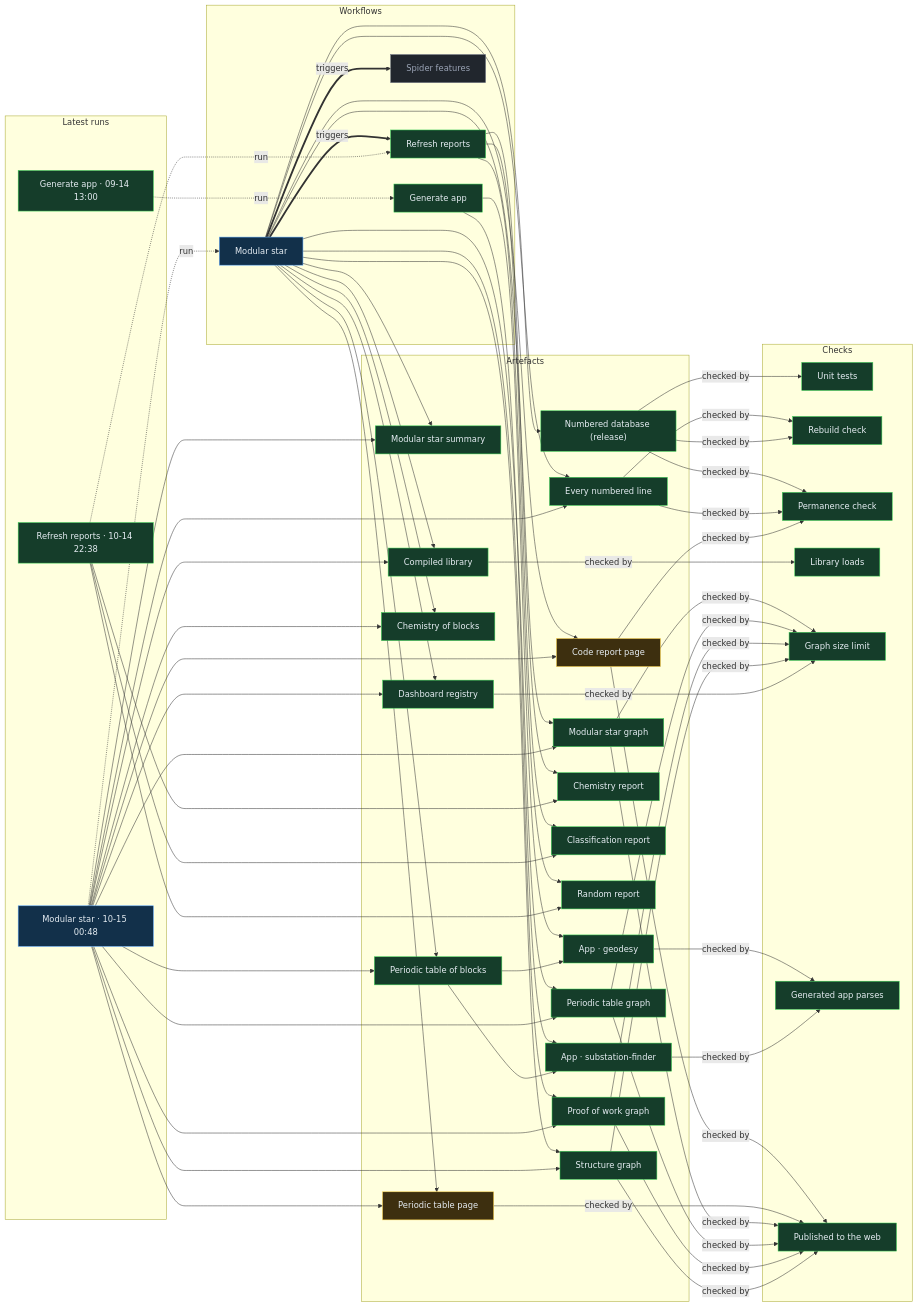
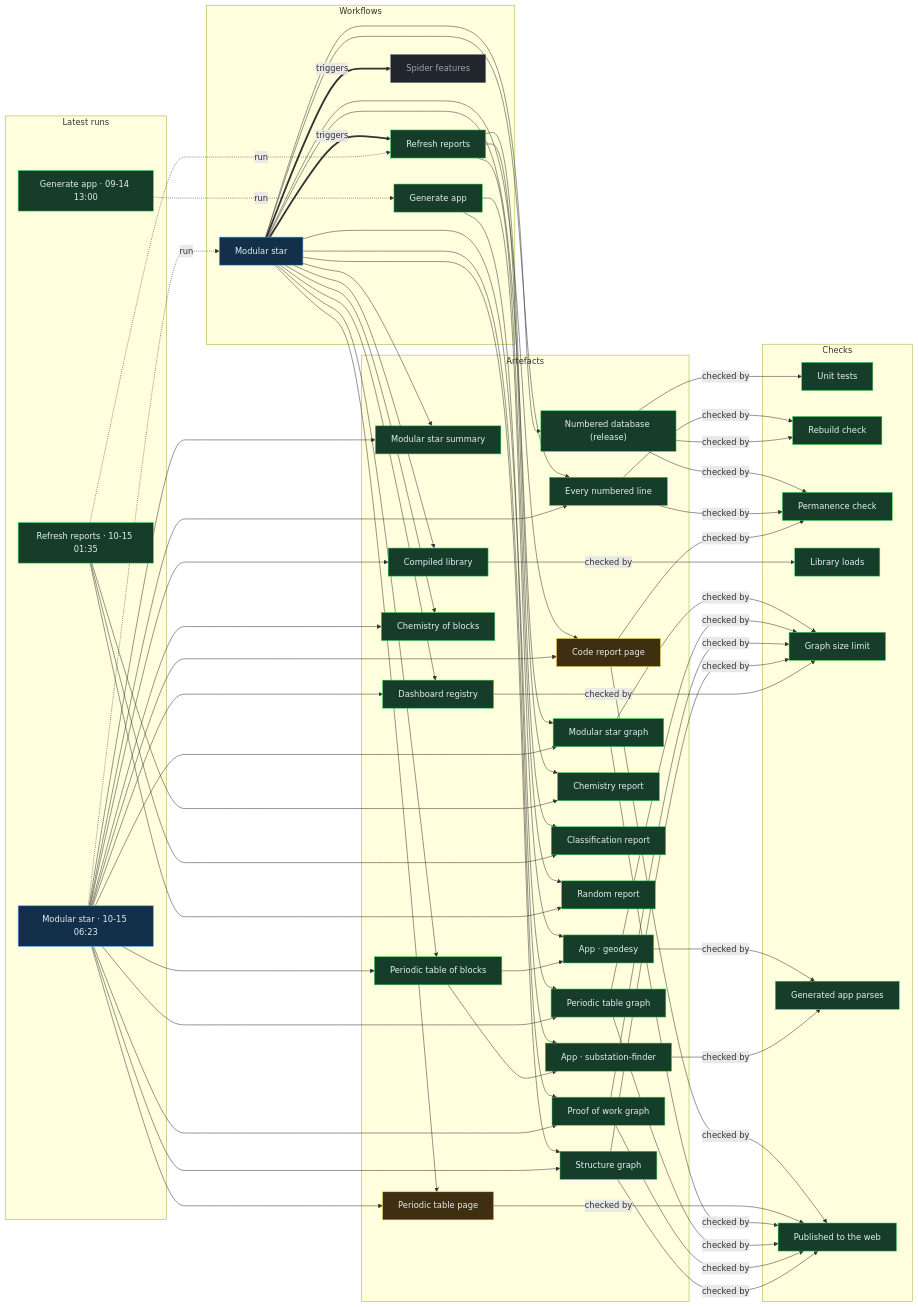
Before and after one commit to Ventusltd/stars: the diagram in proof/PROOF.md, drawn with Mermaid. The commit also changed other lines of this file and 44 other files, not shown here.

Commit message:
Modular star 2026-10-15T06:25Z

```diff
--- a/proof/PROOF.md
+++ b/proof/PROOF.md
@@ -24,8 +24,8 @@
   n_wf_spider_features["Spider features"]:::off
   end
   subgraph g_runs["Latest runs"]
-  n_run_38662147997["Modular star · 10-15 00:48"]:::live
-  n_run_38648968604["Refresh reports · 10-14 22:38"]:::ok
+  n_run_38692076865["Modular star · 10-15 06:23"]:::live
+  n_run_38666448083["Refresh reports · 10-15 01:35"]:::ok
   n_run_34846587798["Generate app · 09-14 13:00"]:::ok
   end
   subgraph g_artefacts["Artefacts"]
@@ -59,39 +59,39 @@
   end
   n_wf_modular_star == triggers ==> n_wf_refresh
   n_wf_modular_star == triggers ==> n_wf_spider_features
-  n_run_38662147997 -. run .-> n_wf_modular_star
-  n_run_38648968604 -. run .-> n_wf_refresh
+  n_run_38692076865 -. run .-> n_wf_modular_star
+  n_run_38666448083 -. run .-> n_wf_refresh
   n_run_34846587798 -. run .-> n_wf_generate
   n_wf_modular_star --> n_art_summary
-  n_run_38662147997 --> n_art_summary
+  n_run_38692076865 --> n_art_summary
   n_wf_modular_star --> n_art_lines
-  n_run_38662147997 --> n_art_lines
+  n_run_38692076865 --> n_art_lines
   n_wf_modular_star --> n_art_code
-  n_run_38662147997 --> n_art_code
+  n_run_38692076865 --> n_art_code
   n_wf_modular_star --> n_art_modular_graph
-  n_run_38662147997 --> n_art_modular_graph
+  n_run_38692076865 --> n_art_modular_graph
   n_wf_modular_star --> n_art_blocks
-  n_run_38662147997 --> n_art_blocks
+  n_run_38692076865 --> n_art_blocks
   n_wf_modular_star --> n_art_table
-  n_run_38662147997 --> n_art_table
+  n_run_38692076865 --> n_art_table
   n_wf_modular_star --> n_art_blocks_graph
-  n_run_38662147997 --> n_art_blocks_graph
+  n_run_38692076865 --> n_art_blocks_graph
   n_wf_modular_star --> n_art_reactions
-  n_run_38662147997 --> n_art_reactions
+  n_run_38692076865 --> n_art_reactions
   n_wf_modular_star --> n_art_library
-  n_run_38662147997 --> n_art_library
+  n_run_38692076865 --> n_art_library
   n_wf_modular_star --> n_art_features
-  n_run_38662147997 --> n_art_features
+  n_run_38692076865 --> n_art_features
   n_wf_modular_star --> n_art_proof
-  n_run_38662147997 --> n_art_proof
+  n_run_38692076865 --> n_art_proof
   n_wf_modular_star --> n_art_structure
-  n_run_38662147997 --> n_art_structure
+  n_run_38692076865 --> n_art_structure
   n_wf_refresh --> n_art_chemistry
-  n_run_38648968604 --> n_art_chemistry
+  n_run_38666448083 --> n_art_chemistry
   n_wf_refresh --> n_art_vedic
-  n_run_38648968604 --> n_art_vedic
+  n_run_38666448083 --> n_art_vedic
   n_wf_refresh --> n_art_random
-  n_run_38648968604 --> n_art_random
+  n_run_38666448083 --> n_art_random
   n_wf_modular_star --> n_art_release
   n_wf_generate --> n_app_geodesy
   n_art_blocks --> n_app_geodesy
```
